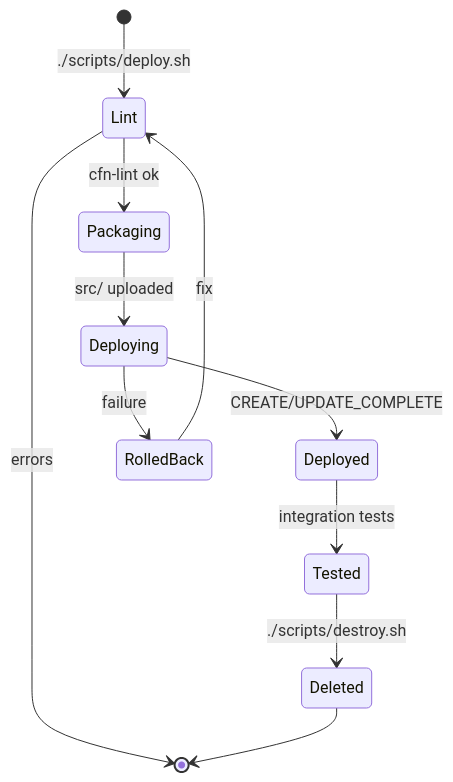
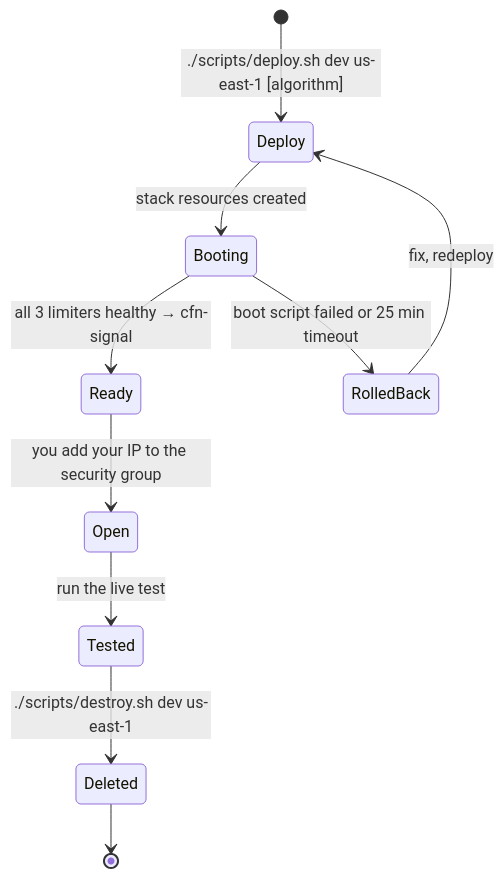
Before and after one commit to TareDevarsh/AWS-cloudformation-projects: the first of 4 diagrams in projects/03-rate-limiter/docs/workflow.md, drawn with Mermaid. The commit also changed other lines of this file and 7 other files, not shown here.

Commit message:
03-rate-limiter: simplify docs (tables, diagrams, plain language), update documentation map

````diff
--- a/projects/03-rate-limiter/docs/workflow.md
+++ b/projects/03-rate-limiter/docs/workflow.md
@@ -24,13 +9,12 @@
 ```mermaid
 stateDiagram-v2
-    [*] --> Lint: ./scripts/deploy.sh
-    Lint --> Packaging: cfn-lint ok
-    Lint --> [*]: errors
-    Packaging --> Deploying: src/ uploaded
-    Deploying --> Deployed: CREATE/UPDATE_COMPLETE
-    Deploying --> RolledBack: failure
-    RolledBack --> Lint: fix
-    Deployed --> Tested: integration tests
-    Tested --> Deleted: ./scripts/destroy.sh
+    [*] --> Deploy: ./scripts/deploy.sh dev us-east-1 [algorithm]
+    Deploy --> Booting: stack resources created
+    Booting --> Ready: all 3 limiters healthy → cfn-signal
+    Booting --> RolledBack: boot script failed or 25 min timeout
+    RolledBack --> Deploy: fix, redeploy
+    Ready --> Open: you add your IP to the security group
+    Open --> Tested: run the live test
+    Tested --> Deleted: ./scripts/destroy.sh dev us-east-1
     Deleted --> [*]
 ```
````
